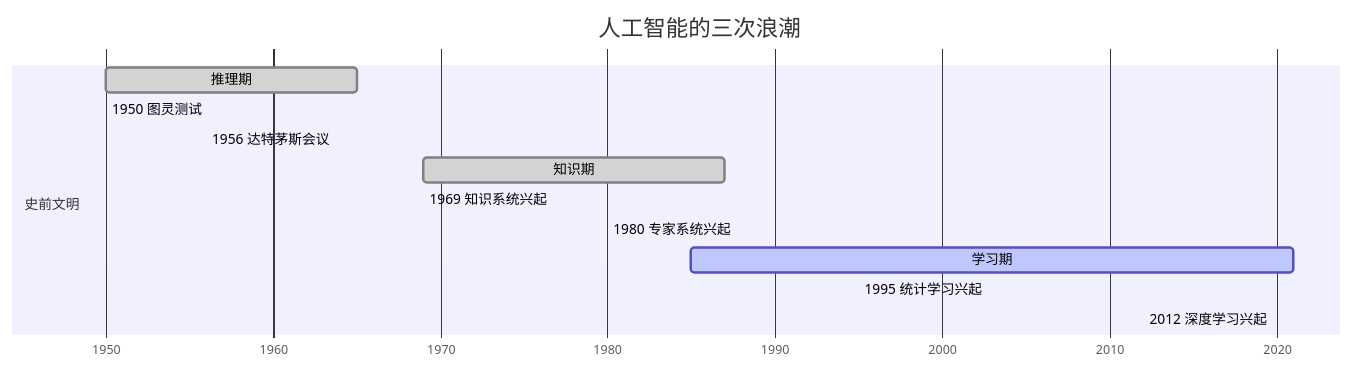
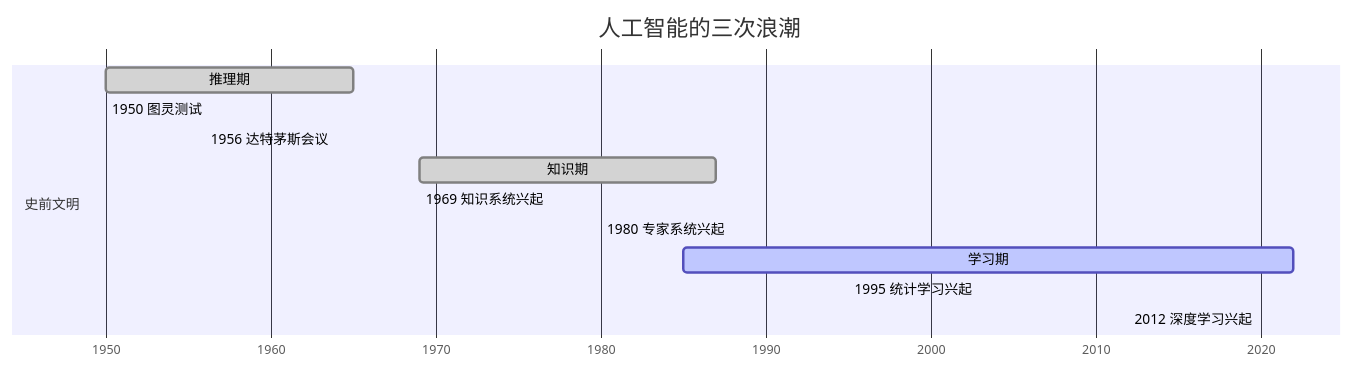
Before and after one commit to Avanti1980/course-ml: the diagram in mermaid/ai.mermaid, drawn with Mermaid. The commit also changed 58 other files, not shown here.

```diff
--- a/mermaid/ai.mermaid
+++ b/mermaid/ai.mermaid
@@ -1,19 +1,19 @@
 gantt
 todayMarker off
 dateFormat YYYY
 axisFormat %Y
 title 人工智能的三次浪潮
 
 section 史前文明
 
 推理期: done, 1950, 1965
 1950 图灵测试: 1950, milestone
 1956 达特茅斯会议: 1956, milestone
 
 知识期: done, 1969, 1987
 1969 知识系统兴起: 1969, milestone
 1980 专家系统兴起: 1980, milestone
 
-学习期: active, 1985, 2021
+学习期: active, 1985, 2022
 1995 统计学习兴起: 1995, milestone
 2012 深度学习兴起: 2012, milestone
```
